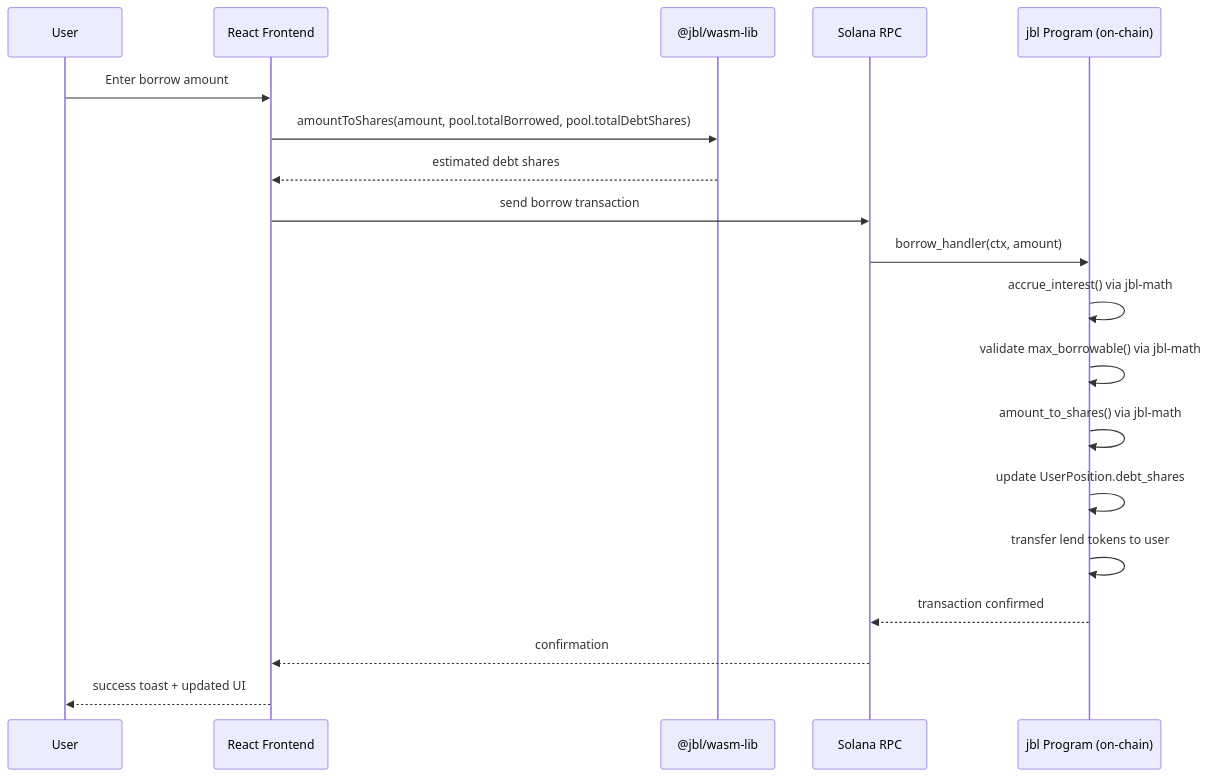
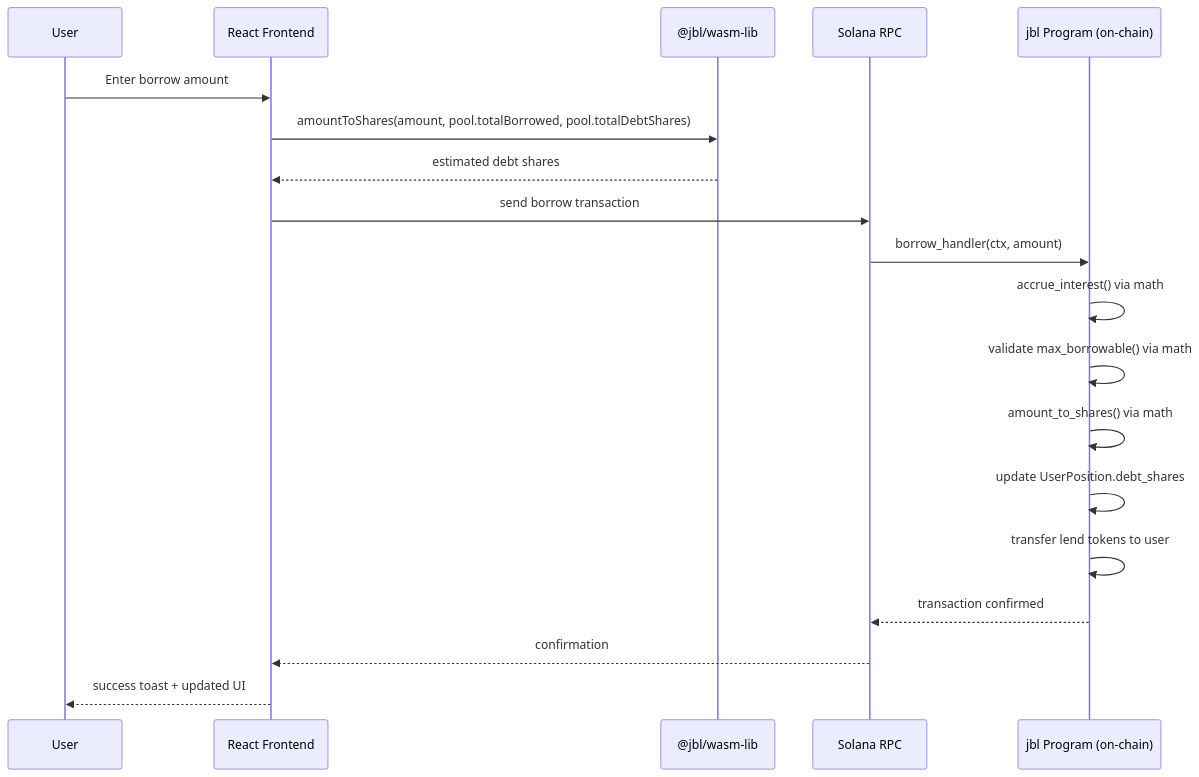
Before and after one commit to calma-labs/calma: the third of 7 diagrams in ARCHITECTURE.md, drawn with Mermaid. The commit also changed other lines of this file and 2 other files, not shown here.

````diff
--- a/ARCHITECTURE.md
+++ b/ARCHITECTURE.md
@@ -76,22 +76,22 @@
 ```mermaid
 sequenceDiagram
     participant User
     participant React as React Frontend
     participant WASM as @jbl/wasm-lib
     participant RPC as Solana RPC
     participant Program as jbl Program (on-chain)
 
     User->>React: Enter borrow amount
     React->>WASM: amountToShares(amount, pool.totalBorrowed, pool.totalDebtShares)
     WASM-->>React: estimated debt shares
     React->>RPC: send borrow transaction
     RPC->>Program: borrow_handler(ctx, amount)
-    Program->>Program: accrue_interest() via jbl-math
-    Program->>Program: validate max_borrowable() via jbl-math
-    Program->>Program: amount_to_shares() via jbl-math
+    Program->>Program: accrue_interest() via math
+    Program->>Program: validate max_borrowable() via math
+    Program->>Program: amount_to_shares() via math
     Program->>Program: update UserPosition.debt_shares
     Program->>Program: transfer lend tokens to user
     Program-->>RPC: transaction confirmed
     RPC-->>React: confirmation
     React-->>User: success toast + updated UI
 ```
````
